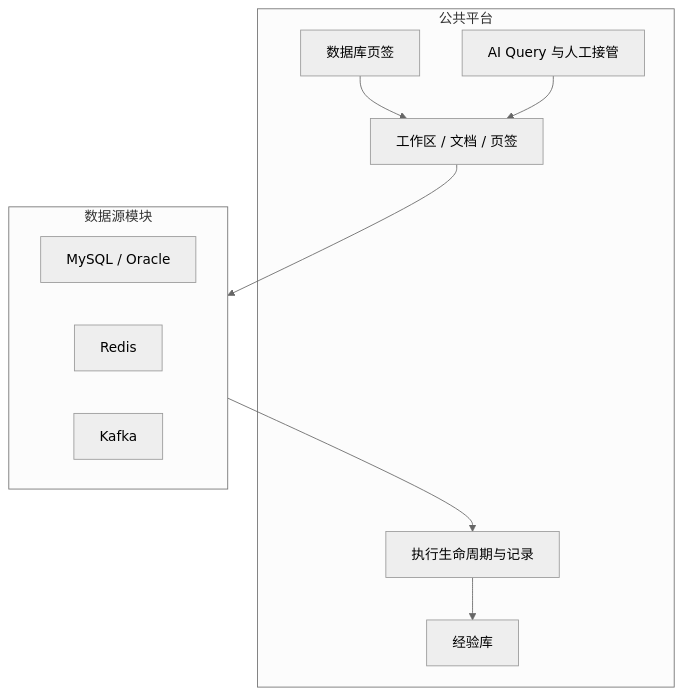
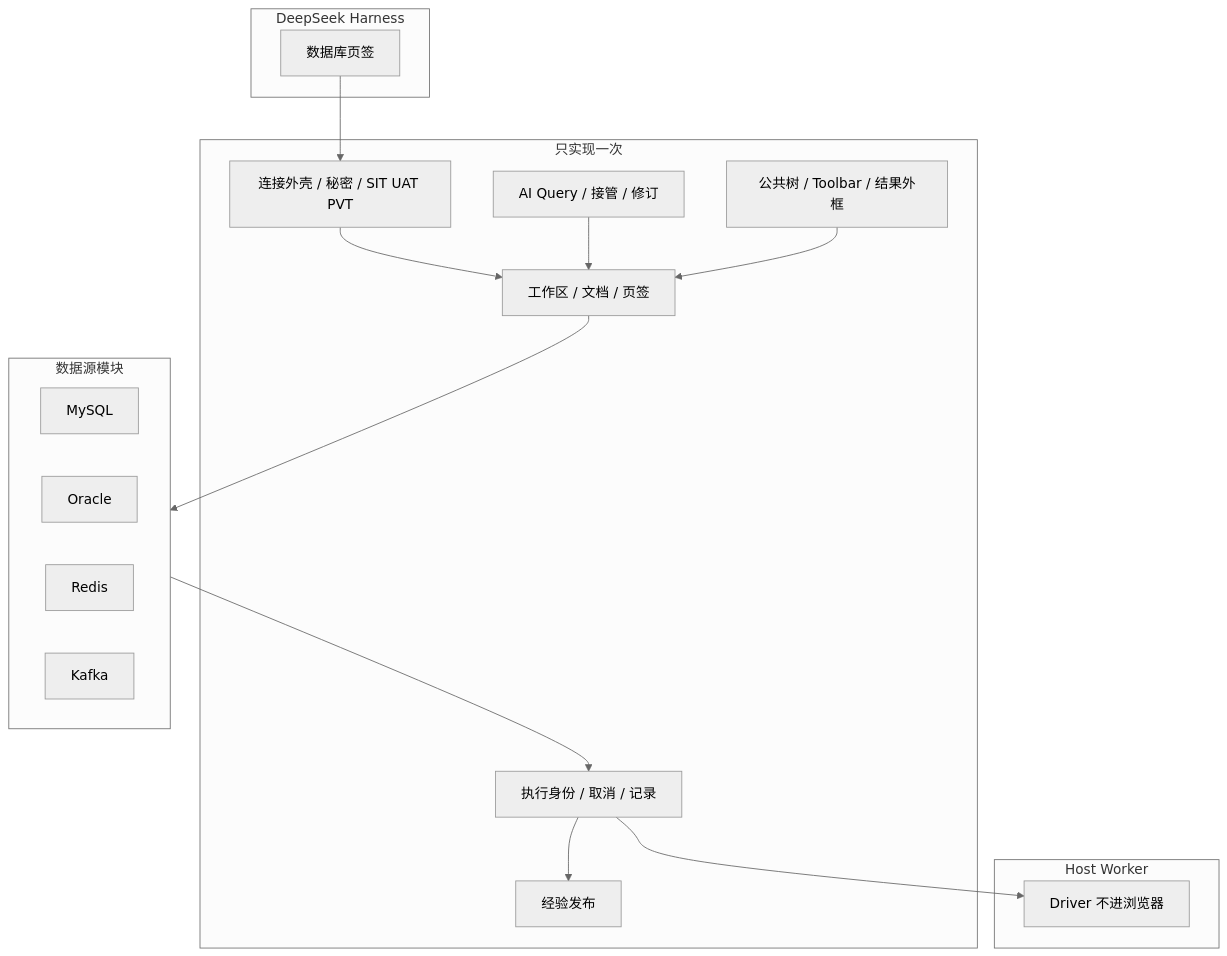
One commit to zhuoxiaoshuai/dsh-database changed the diagram in README.zh.md. Above: the diagram before and after it, drawn with Mermaid (neutral theme). The commit also changed other lines of this file and 9 other files, not shown here.

````diff
--- a/README.zh.md
+++ b/README.zh.md
@@ -93,20 +51,31 @@
 ```mermaid
 flowchart TB
-  subgraph platform [公共平台]
+  subgraph dsh [DeepSeek Harness]
     Tab[数据库页签]
+  end
+  subgraph platform [只实现一次]
+    Conn[连接外壳 / 秘密 / SIT UAT PVT]
     WS[工作区 / 文档 / 页签]
-    EX[执行生命周期与记录]
-    AI[AI Query 与人工接管]
-    KN[经验库]
+    EX[执行身份 / 取消 / 记录]
+    AI[AI Query / 接管 / 修订]
+    KN[经验发布]
+    UI[公共树 / Toolbar / 结果外框]
   end
-  subgraph sources [数据源模块]
-    SQL[MySQL / Oracle]
-    Redis[Redis]
-    Kafka[Kafka]
+  subgraph modules [数据源模块]
+    MySQL
+    Oracle
+    Redis
+    Kafka
   end
-  Tab --> WS
-  WS --> sources
+  subgraph host [Host Worker]
+    W[Driver 不进浏览器]
+  end
+  Tab --> Conn
+  Conn --> WS
+  WS --> modules
   AI --> WS
-  sources --> EX
+  UI --> WS
+  modules --> EX
+  EX --> W
   EX --> KN
 ```
````
